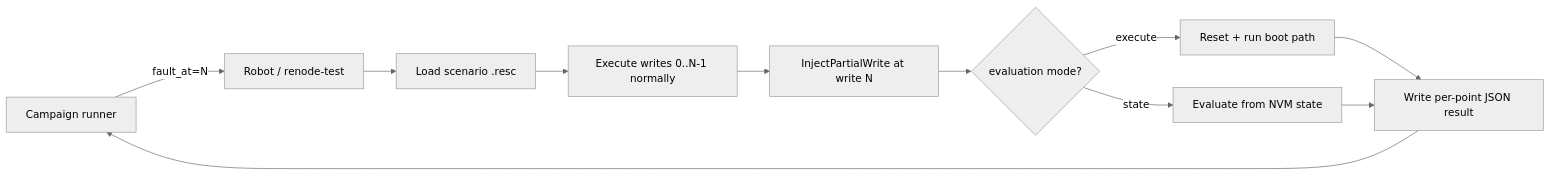
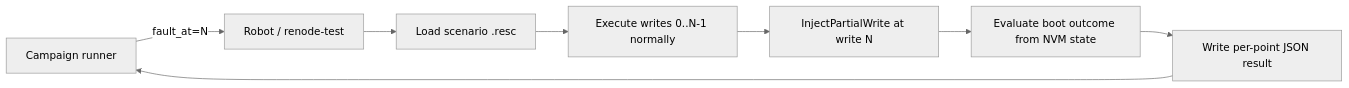
One commit to neilberkman/ota-resilience changed the fifth of 5 diagrams in docs/architecture.md. Above: the diagram before and after it, drawn with Mermaid (neutral theme). The commit also changed other lines of this file and 168 other files, not shown here.

````diff
--- a/docs/architecture.md
+++ b/docs/architecture.md
@@ -112,13 +111,10 @@
 ```mermaid
 flowchart LR
     A[Campaign runner] -->|fault_at=N| B[Robot / renode-test]
     B --> C[Load scenario .resc]
     C --> D[Execute writes 0..N-1 normally]
     D --> E["InjectPartialWrite at write N"]
-    E --> F{"evaluation mode?"}
-    F -->|execute| G[Reset + run boot path]
-    F -->|state| H[Evaluate from NVM state]
-    G --> I[Write per-point JSON result]
-    H --> I
-    I --> A
+    E --> F[Evaluate boot outcome from NVM state]
+    F --> G[Write per-point JSON result]
+    G --> A
 ```
````
